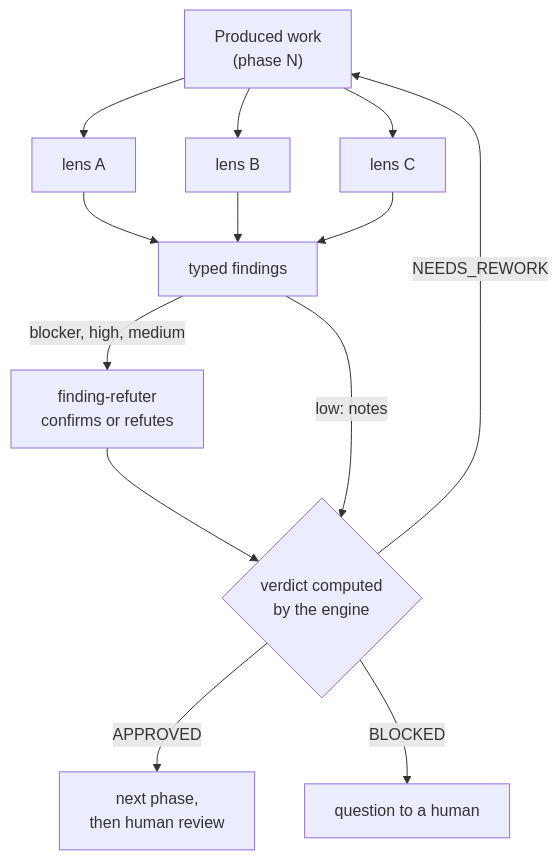
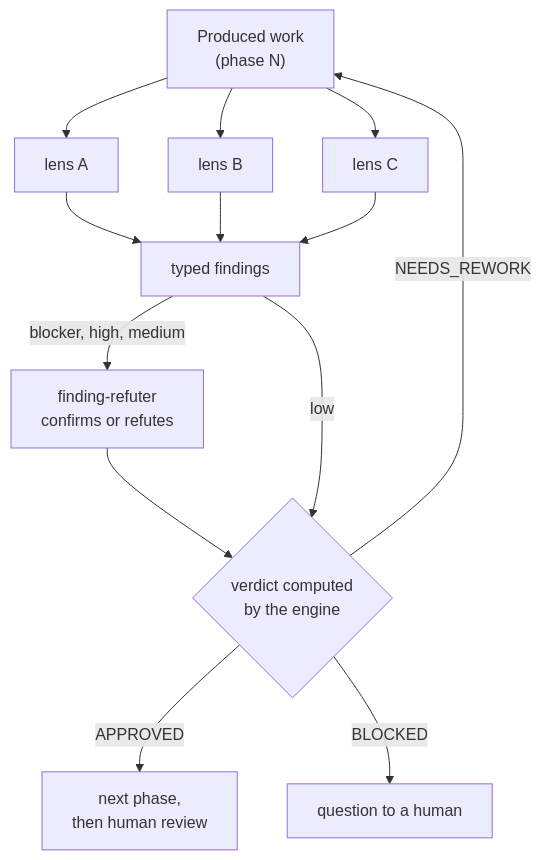
The diagram in docs/website/docs/explanation/deep-dive/review-before-review.md (SebastienDegodez/skraft-plugin), drawn with Mermaid before and after one commit. The commit also changed other lines of this file and 47 other files, not shown here.

````diff
--- a/docs/website/docs/explanation/deep-dive/review-before-review.md
+++ b/docs/website/docs/explanation/deep-dive/review-before-review.md
@@ -44,11 +44,11 @@
 ```mermaid
 flowchart TB
     W["Produced work<br/>(phase N)"] --> L1["lens A"] & L2["lens B"] & L3["lens C"]
     L1 & L2 & L3 --> F["typed findings"]
     F -->|blocker, high, medium| R["finding-refuter<br/>confirms or refutes"]
     R --> V{"verdict computed<br/>by the engine"}
-    F -->|low: notes| V
+    F -->|low| V
     V -->|APPROVED| N["next phase,<br/>then human review"]
     V -->|NEEDS_REWORK| W
     V -->|BLOCKED| H["question to a human"]
 ```
````
